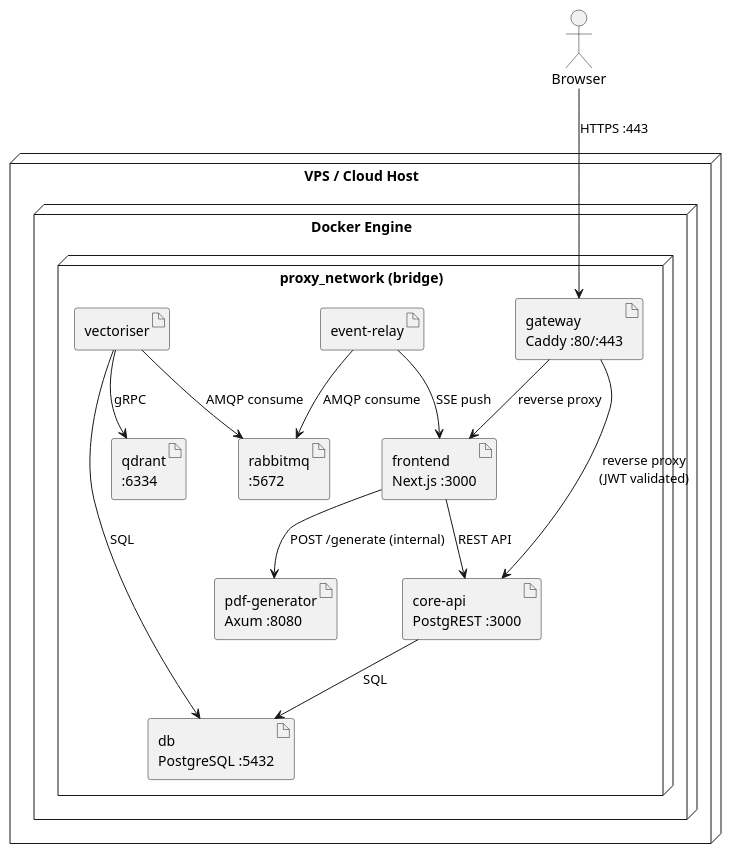
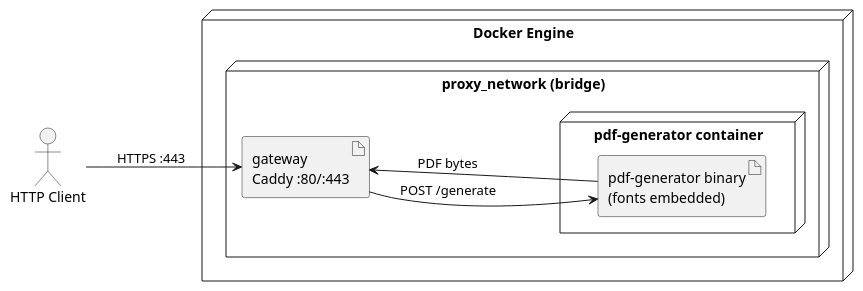
One commit to GetJobAI/pdf-generator changed the diagram in docs/diagrams/deployment.puml. Above: the diagram before and after it, drawn with PlantUML. The commit also changed 9 other files, not shown here.

Commit message:
improve diagrams

```diff
--- a/docs/diagrams/deployment.puml
+++ b/docs/diagrams/deployment.puml
@@ -1,41 +1,21 @@
 @startuml deployment
 skinparam shadowing false
 skinparam nodeStyle rectangle
+left to right direction
 
-actor "Browser" as Browser
-' actor "Developer" as Dev
+actor "HTTP Client" as HttpClient
 
-node "VPS / Cloud Host" {
-    node "Docker Engine" {
-        node "proxy_network (bridge)" {
-            artifact "gateway\nCaddy :80/:443" as Gateway
-            artifact "frontend\nNext.js :3000" as Frontend
-            artifact "core-api\nPostgREST :3000" as CoreAPI
-            artifact "pdf-generator\nAxum :8080" as PdfGen
-            artifact "rabbitmq\n:5672" as RabbitMQ
-            artifact "db\nPostgreSQL :5432" as DB
-            artifact "qdrant\n:6334" as Qdrant
-            artifact "vectoriser" as Vectoriser
-            artifact "event-relay" as EventRelay
+node "Docker Engine" {
+    node "proxy_network (bridge)" {
+        artifact "gateway\nCaddy :80/:443" as Gateway
+
+        node "pdf-generator container" {
+            artifact "pdf-generator binary\n(fonts embedded)" as Binary
         }
     }
 }
 
-Browser --> Gateway : HTTPS :443
-' Dev --> PdfGen : HTTP :8080 (dev only,\nwith ports: mapping)
-
-Gateway --> Frontend : reverse proxy
-Gateway --> CoreAPI : reverse proxy\n(JWT validated)
-
-Frontend --> PdfGen : POST /generate (internal)
-Frontend --> CoreAPI : REST API
-
-CoreAPI --> DB : SQL
-
-Vectoriser --> DB : SQL
-Vectoriser --> Qdrant : gRPC
-Vectoriser --> RabbitMQ : AMQP consume
-
-EventRelay --> RabbitMQ : AMQP consume
-EventRelay --> Frontend : SSE push
+HttpClient --> Gateway : HTTPS :443
+Gateway --> Binary : POST /generate
+Binary --> Gateway : PDF bytes
 @enduml
```
